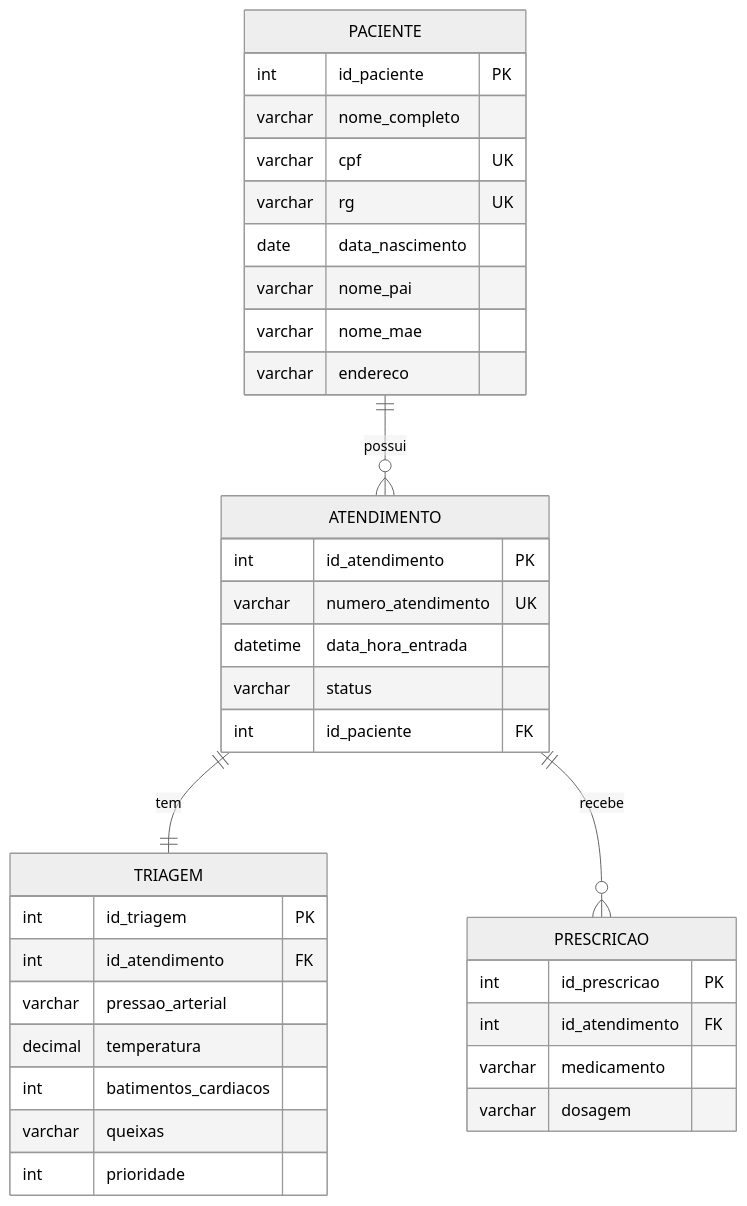
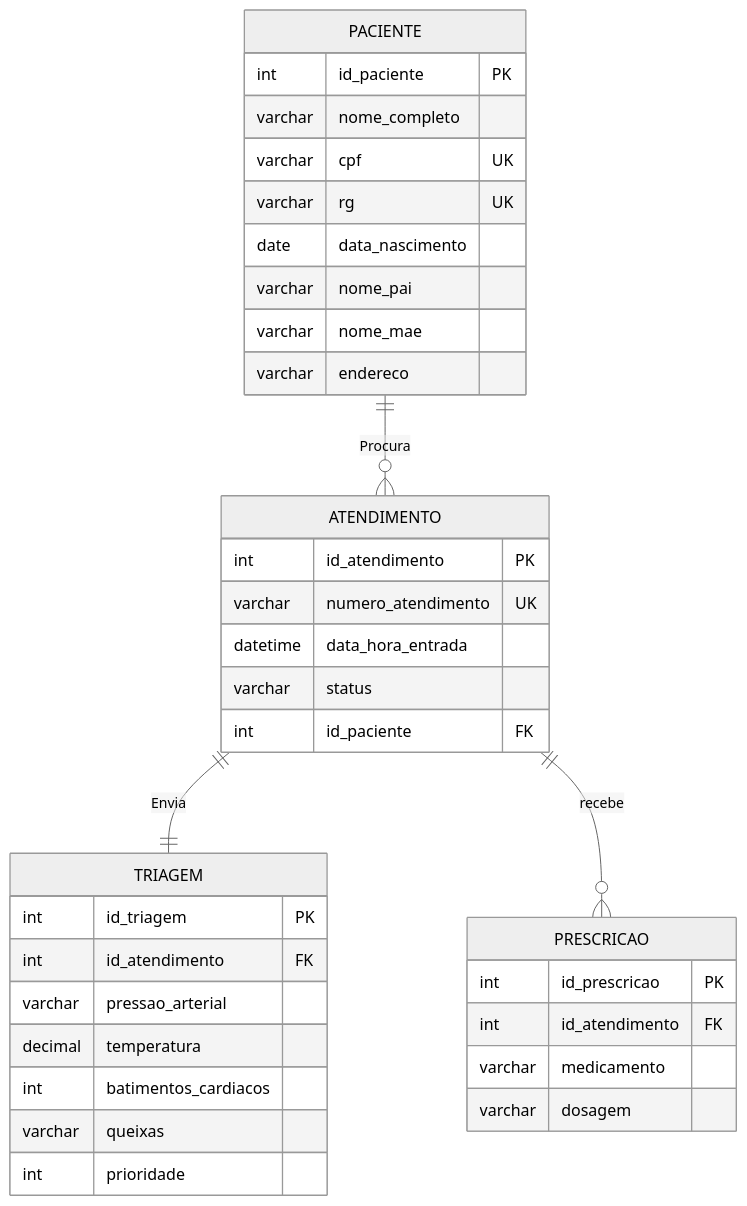
One commit to OtavioFelix-in/Projeto-Integrador2 changed the diagram in README.md. Above: the diagram before and after it, drawn with Mermaid (neutral theme).

````diff
--- a/README.md
+++ b/README.md
@@ -21,42 +21,42 @@
 ```mermaid
 erDiagram
-    PACIENTE ||--o{ ATENDIMENTO : possui
-    ATENDIMENTO ||--|| TRIAGEM : tem
+    PACIENTE ||--o{ ATENDIMENTO : Procura
+    ATENDIMENTO ||--|| TRIAGEM : Envia
     ATENDIMENTO ||--o{ PRESCRICAO : recebe
 
     PACIENTE {
         int id_paciente PK
         varchar nome_completo
         varchar cpf UK
         varchar rg UK
         date data_nascimento
         varchar nome_pai
         varchar nome_mae
         varchar endereco
     }
 
     ATENDIMENTO {
         int id_atendimento PK
         varchar numero_atendimento UK
         datetime data_hora_entrada
         varchar status
         int id_paciente FK
     }
 
     TRIAGEM {
         int id_triagem PK
         int id_atendimento FK
         varchar pressao_arterial
         decimal temperatura
         int batimentos_cardiacos
         varchar queixas
         int prioridade
     }
 
     PRESCRICAO {
         int id_prescricao PK
         int id_atendimento FK
         varchar medicamento
         varchar dosagem
     }
 ```
````
